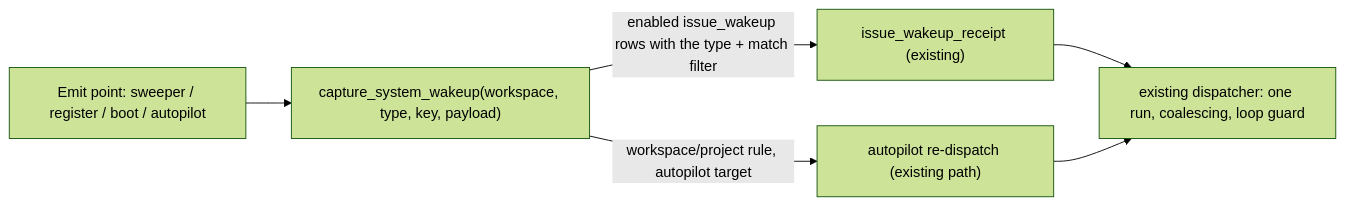
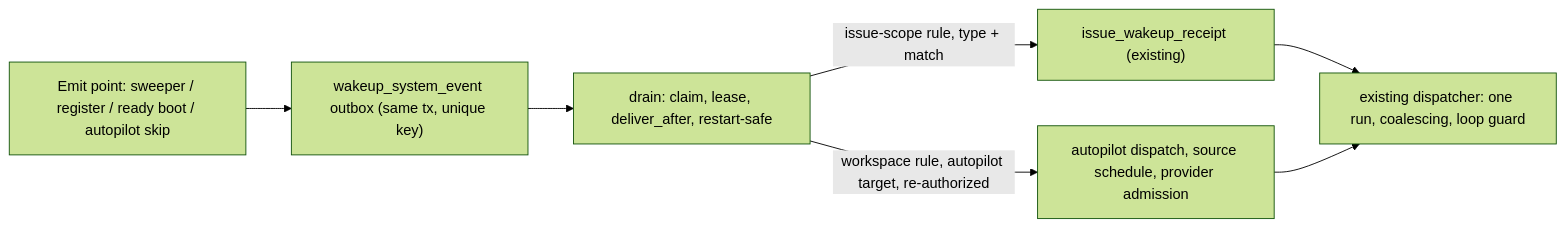
Before and after one commit to cheese-work/multica: the diagram in .plans/CHE-5696-system-events-wakeup.md, drawn with Mermaid (forest theme). The commit also changed other lines of this file, not shown here.

Commit message:
docs(plans): CHE-5696 plan r2 durable outbox and deploy health contract

````diff
--- a/.plans/CHE-5696-system-events-wakeup.md
+++ b/.plans/CHE-5696-system-events-wakeup.md
@@ -16,8 +23,9 @@
 ```mermaid
 flowchart LR
-  S["Emit point: sweeper / register / boot / autopilot"] --> F["capture_system_wakeup(workspace, type, key, payload)"]
-  F -->|"enabled issue_wakeup rows with the type + match filter"| RC["issue_wakeup_receipt (existing)"]
-  F -->|"workspace/project rule, autopilot target"| AP["autopilot re-dispatch (existing path)"]
+  S["Emit point: sweeper / register / ready boot / autopilot skip"] --> O["wakeup_system_event outbox (same tx, unique key)"]
+  O --> DR["drain: claim, lease, deliver_after, restart-safe"]
+  DR -->|"issue-scope rule, type + match"| RC["issue_wakeup_receipt (existing)"]
+  DR -->|"workspace rule, autopilot target, re-authorized"| AP["autopilot dispatch, source schedule, provider admission"]
   RC --> D["existing dispatcher: one run, coalescing, loop guard"]
   AP --> D
 ```
````
